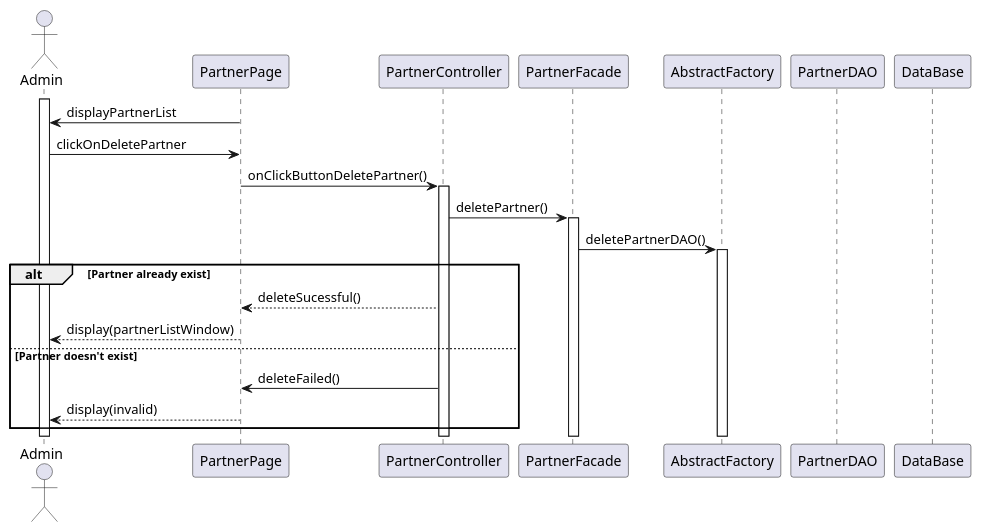
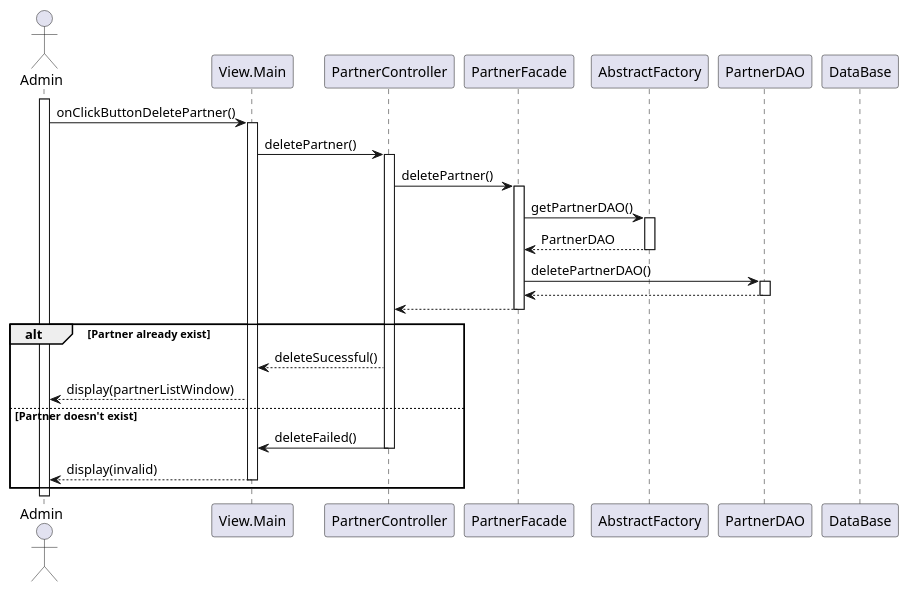
The third of 3 diagrams in doc/reports/final/partners/partners_sequenceDiagram.plantUML (iusildra/WineCellar), drawn with PlantUML before and after one commit. The commit also changed other lines of this file and 1 other file, not shown here.

Commit message:
MAJ diagrammes partners

```diff
--- a/doc/reports/final/partners/partners_sequenceDiagram.plantUML
+++ b/doc/reports/final/partners/partners_sequenceDiagram.plantUML
@@ -71,28 +71,31 @@
-@startuml
+@startuml <Delete partner>
 skinparam responseMessageBelowArrow true
 
 actor Admin
-participant PartnerPage
+participant View.Main
 participant PartnerController
 participant PartnerFacade
 participant AbstractFactory
 participant PartnerDAO
 participant DataBase
 
 activate Admin
 
-PartnerPage -> Admin: displayPartnerList
-Admin -> PartnerPage: clickOnDeletePartner
-PartnerPage -> PartnerController++: onClickButtonDeletePartner()
+Admin -> View.Main++: onClickButtonDeletePartner()
+View.Main -> PartnerController++: deletePartner()
 PartnerController -> PartnerFacade++: deletePartner()
-PartnerFacade -> AbstractFactory++: deletePartnerDAO()
+PartnerFacade -> AbstractFactory++: getPartnerDAO()
+return PartnerDAO
+PartnerFacade -> PartnerDAO++: deletePartnerDAO()
+return
+return
 
 alt Partner already exist
-    PartnerController --> PartnerPage: deleteSucessful()
-    PartnerPage --> Admin--: display(partnerListWindow)
+    PartnerController --> View.Main: deleteSucessful()
+    View.Main --> Admin: display(partnerListWindow)
 else Partner doesn't exist
-    PartnerController -> PartnerPage: deleteFailed()
-    PartnerPage --> Admin--: display(invalid)
+    PartnerController -> View.Main--: deleteFailed()
+    View.Main --> Admin--: display(invalid)
 end
 
 @enduml
```
